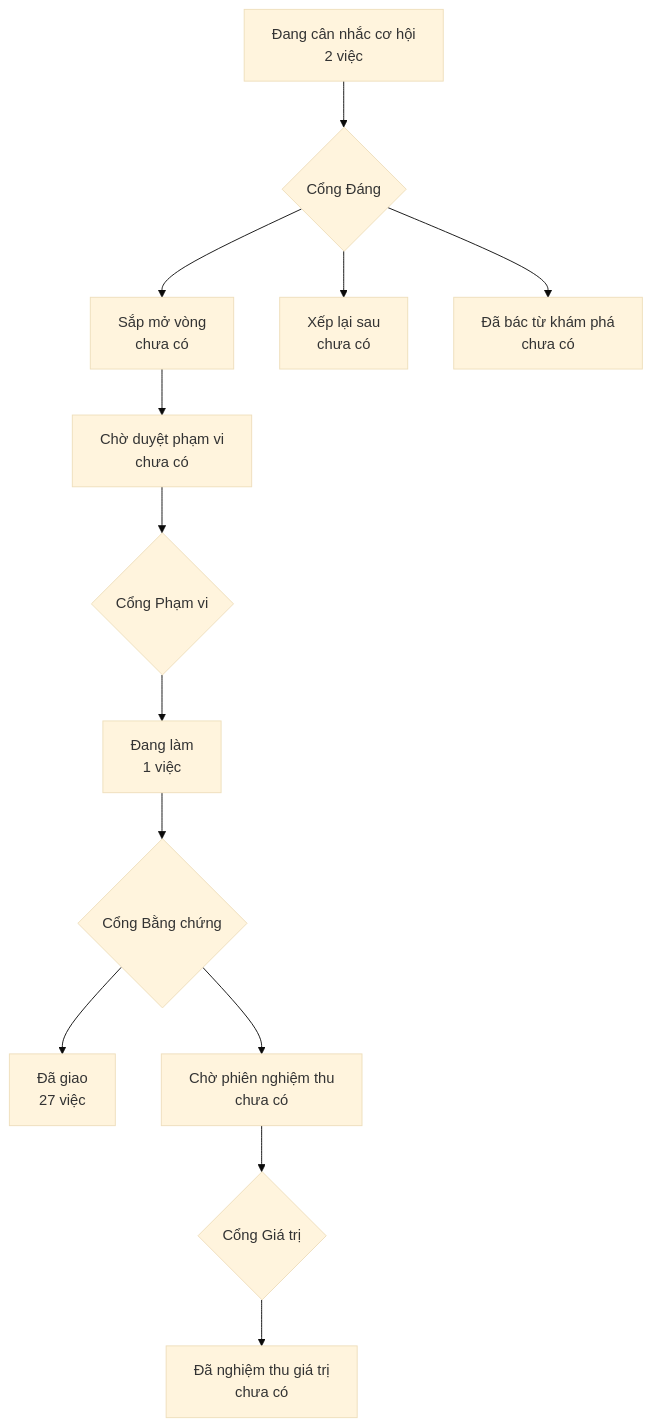
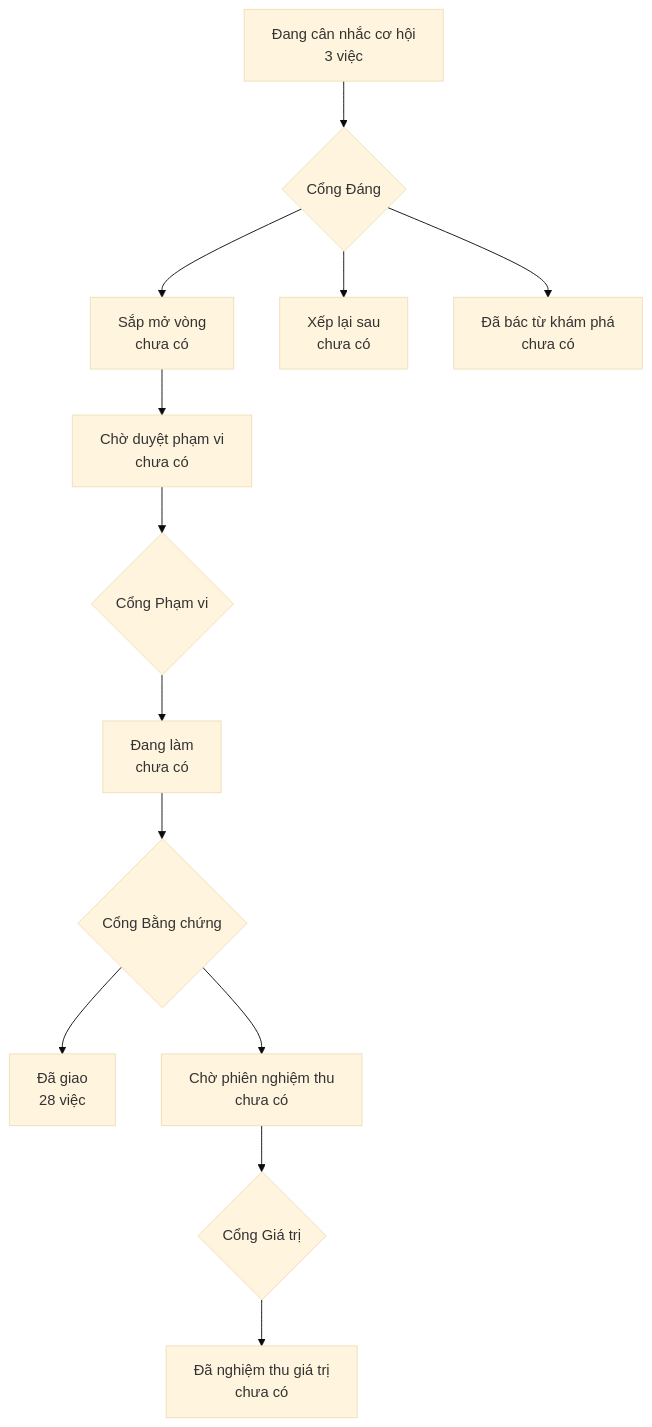
The diagram in PRODUCT-MAP.md (phanlemanh/OneFlow), drawn with Mermaid (base theme) before and after one commit. The commit also changed other lines of this file and 4 other files, not shown here.

````diff
--- a/PRODUCT-MAP.md
+++ b/PRODUCT-MAP.md
@@ -6,12 +6,12 @@
 ```mermaid
 flowchart TD
-  A["Đang cân nhắc cơ hội<br/>2 việc"] --> GD{"Cổng Đáng"}
+  A["Đang cân nhắc cơ hội<br/>3 việc"] --> GD{"Cổng Đáng"}
   GD --> B["Sắp mở vòng<br/>chưa có"]
   GD --> XL["Xếp lại sau<br/>chưa có"]
   GD --> DB["Đã bác từ khám phá<br/>chưa có"]
   B --> CD["Chờ duyệt phạm vi<br/>chưa có"] --> GP{"Cổng Phạm vi"}
-  GP --> DL["Đang làm<br/>1 việc"] --> GB{"Cổng Bằng chứng"}
-  GB --> DG["Đã giao<br/>27 việc"]
+  GP --> DL["Đang làm<br/>chưa có"] --> GB{"Cổng Bằng chứng"}
+  GB --> DG["Đã giao<br/>28 việc"]
   GB --> CN["Chờ phiên nghiệm thu<br/>chưa có"] --> GG{"Cổng Giá trị"}
   GG --> NT["Đã nghiệm thu giá trị<br/>chưa có"]
 ```
````
